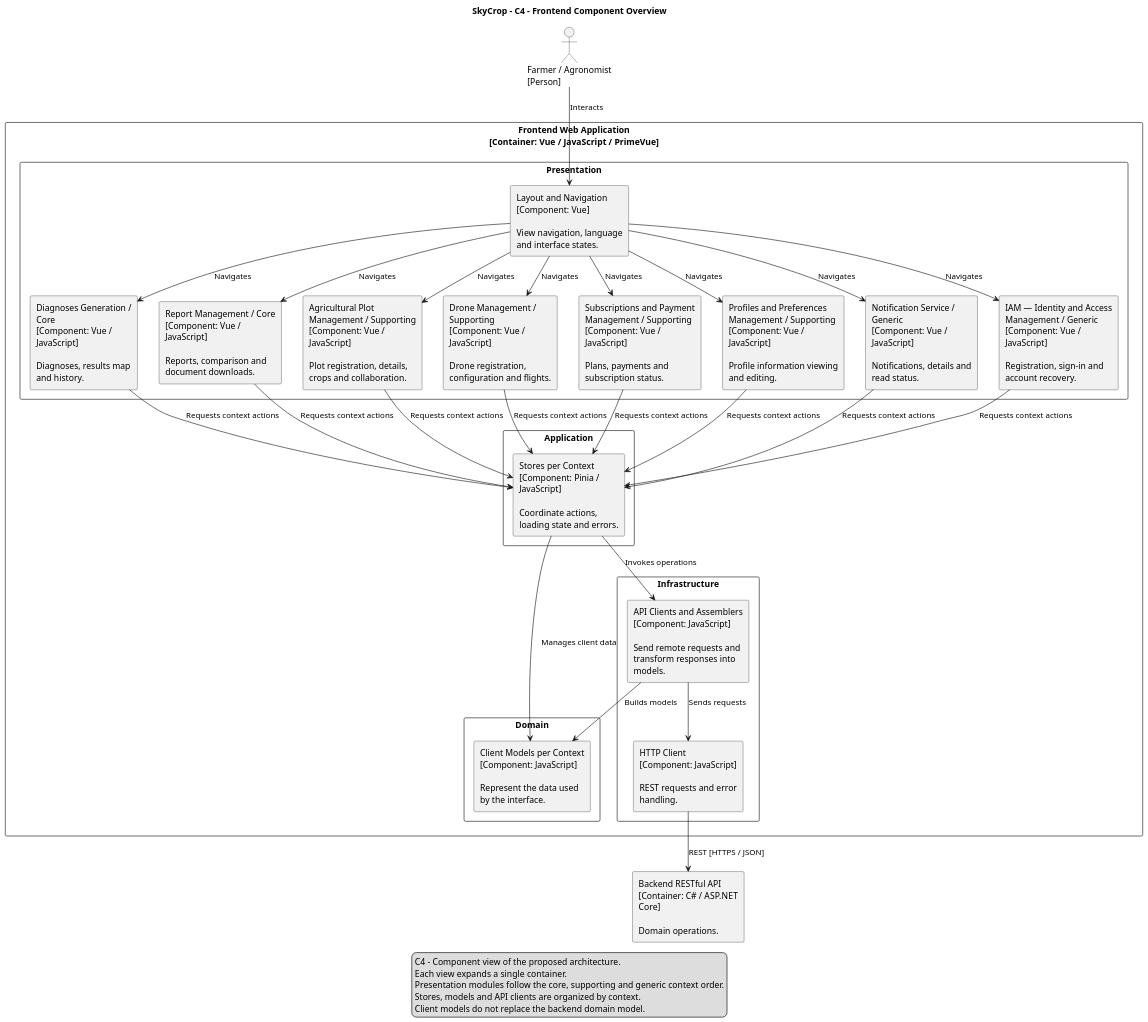
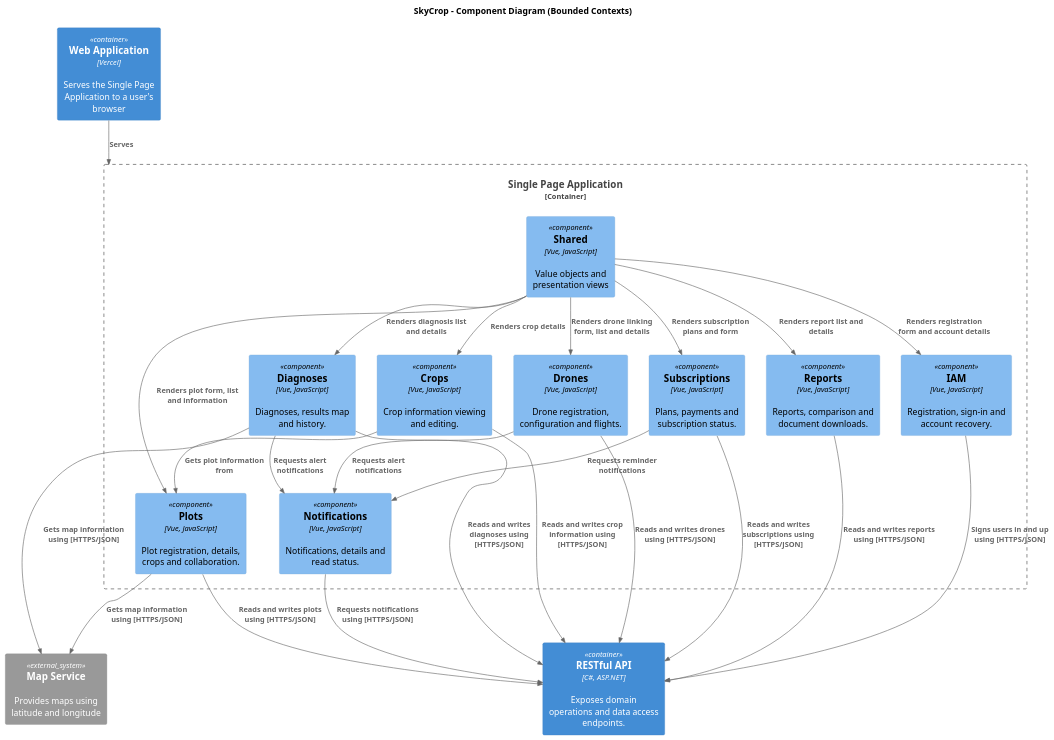
The diagram in resources/diagrams/component-level/Components-Frontend-updated.puml (upc-GreenTech/skycrop-report), drawn with PlantUML before and after one commit. The commit also changed 9 other files, not shown here.

Commit message:
fix(report): update container, landing components and frontend components diagrams

```diff
--- a/resources/diagrams/component-level/Components-Frontend-updated.puml
+++ b/resources/diagrams/component-level/Components-Frontend-updated.puml
@@ -1,73 +1,61 @@
 @startuml
-skinparam monochrome true
+!include https://raw.githubusercontent.com/plantuml-stdlib/C4-PlantUML/master/C4_Component.puml
+
 skinparam shadowing false
 skinparam dpi 120
 skinparam defaultFontName SansSerif
-skinparam componentStyle rectangle
 skinparam wrapWidth 180
-skinparam nodesep 35
-skinparam ranksep 45
-top to bottom direction
-title SkyCrop - C4 - Frontend Component Overview
-actor "Farmer / Agronomist\n[Person]" as user
-rectangle "Frontend Web Application\n[Container: Vue / JavaScript / PrimeVue]" {
-rectangle "Presentation" {
-component "Layout and Navigation\n[Component: Vue]\n\nView navigation, language and interface states." as layout
-component "Diagnoses Generation / Core\n[Component: Vue / JavaScript]\n\nDiagnoses, results map and history." as diagnoses
-component "Report Management / Core\n[Component: Vue / JavaScript]\n\nReports, comparison and document downloads." as reports
-component "Agricultural Plot Management / Supporting\n[Component: Vue / JavaScript]\n\nPlot registration, details, crops and collaboration." as plots
-component "Drone Management / Supporting\n[Component: Vue / JavaScript]\n\nDrone registration, configuration and flights." as drones
-component "Subscriptions and Payment Management / Supporting\n[Component: Vue / JavaScript]\n\nPlans, payments and subscription status." as subscriptions
-component "Profiles and Preferences Management / Supporting\n[Component: Vue / JavaScript]\n\nProfile information viewing and editing." as profiles
-component "Notification Service / Generic\n[Component: Vue / JavaScript]\n\nNotifications, details and read status." as notifications
-component "IAM — Identity and Access Management / Generic\n[Component: Vue / JavaScript]\n\nRegistration, sign-in and account recovery." as iam
+
+
+title SkyCrop - Component Diagram (Bounded Contexts)
+
+
+System_Ext(maps, "Map Service", "Provides maps using latitude and longitude")
+
+
+Container(web, "Web Application", "Vercel", "Serves the Single Page Application to a user's browser")
+Container(api, "RESTful API", "C#, ASP.NET", "Exposes domain operations and data access endpoints.")
+
+
+Container_Boundary(frontend, "Single Page Application") {
+    Component(diagnoses, "Diagnoses", "Vue, JavaScript", "Diagnoses, results map and history.")
+    Component(reports, "Reports", "Vue, JavaScript", "Reports, comparison and document downloads.")
+    Component(plots, "Plots", "Vue, JavaScript", "Plot registration, details, crops and collaboration.")
+    Component(drones, "Drones", "Vue, JavaScript", "Drone registration, configuration and flights.")
+    Component(subscriptions, "Subscriptions", "Vue, JavaScript", "Plans, payments and subscription status.")
+    Component(crops, "Crops", "Vue, JavaScript", "Crop information viewing and editing.")
+    Component(notifications, "Notifications", "Vue, JavaScript", "Notifications, details and read status.")
+    Component(iam, "IAM", "Vue, JavaScript", "Registration, sign-in and account recovery.")
+    Component(shared, "Shared", "Vue, JavaScript", "Value objects and presentation views")
 }
-rectangle "Application" {
-component "Stores per Context\n[Component: Pinia / JavaScript]\n\nCoordinate actions, loading state and errors." as stores
-}
-rectangle "Domain" {
-component "Client Models per Context\n[Component: JavaScript]\n\nRepresent the data used by the interface." as models
-}
-rectangle "Infrastructure" {
-component "API Clients and Assemblers\n[Component: JavaScript]\n\nSend remote requests and transform responses into models." as clients
-component "HTTP Client\n[Component: JavaScript]\n\nREST requests and error handling." as http
-}
-}
-component "Backend RESTful API\n[Container: C# / ASP.NET Core]\n\nDomain operations." as api
-user --> layout : Interacts
-layout --> diagnoses : Navigates
-diagnoses --> stores : Requests context actions
-layout --> reports : Navigates
-reports --> stores : Requests context actions
-layout --> plots : Navigates
-plots --> stores : Requests context actions
-layout --> drones : Navigates
-drones --> stores : Requests context actions
-layout --> subscriptions : Navigates
-subscriptions --> stores : Requests context actions
-layout --> profiles : Navigates
-profiles --> stores : Requests context actions
-layout --> notifications : Navigates
-notifications --> stores : Requests context actions
-layout --> iam : Navigates
-iam --> stores : Requests context actions
-stores --> clients : Invokes operations
-stores --> models : Manages client data
-clients --> models : Builds models
-clients --> http : Sends requests
-http --> api : REST [HTTPS / JSON]
-diagnoses -[hidden]right-> reports
-reports -[hidden]right-> plots
-plots -[hidden]right-> drones
-drones -[hidden]right-> subscriptions
-subscriptions -[hidden]right-> profiles
-profiles -[hidden]right-> notifications
-notifications -[hidden]right-> iam
-legend bottom
-C4 - Component view of the proposed architecture.
-Each view expands a single container.
-Presentation modules follow the core, supporting and generic context order.
-Stores, models and API clients are organized by context.
-Client models do not replace the backend domain model.
-endlegend
+
+
+Rel(web, frontend, "Serves")
+
+Rel(shared, diagnoses, "Renders diagnosis list and details")
+Rel(shared, reports, "Renders report list and details")
+Rel(shared, plots, "Renders plot form, list and information")
+Rel(shared, drones, "Renders drone linking form, list and details")
+Rel(shared, subscriptions, "Renders subscription plans and form")
+Rel(shared, crops, "Renders crop details")
+Rel(shared, iam, "Renders registration form and account details")
+
+Rel(crops, plots, "Gets plot information from")
+Rel(subscriptions, notifications, "Requests reminder notifications")
+Rel(drones, notifications, "Requests alert notifications")
+Rel(diagnoses, notifications, "Requests alert notifications")
+
+Rel(diagnoses, api, "Reads and writes diagnoses using [HTTPS/JSON]")
+Rel(reports, api, "Reads and writes reports using [HTTPS/JSON] ")
+Rel(plots, api, "Reads and writes plots using [HTTPS/JSON]")
+Rel(drones, api, "Reads and writes drones using [HTTPS/JSON]")
+Rel(subscriptions, api, "Reads and writes subscriptions using [HTTPS/JSON]")
+Rel(crops, api, "Reads and writes crop information using [HTTPS/JSON]")
+Rel(notifications, api, "Requests notifications using [HTTPS/JSON]")
+Rel(iam, api, "Signs users in and up using [HTTPS/JSON]")
+
+Rel(plots, maps, "Gets map information using [HTTPS/JSON]")
+Rel(diagnoses, maps, "Gets map information using [HTTPS/JSON]")
+
+
 @enduml
```
